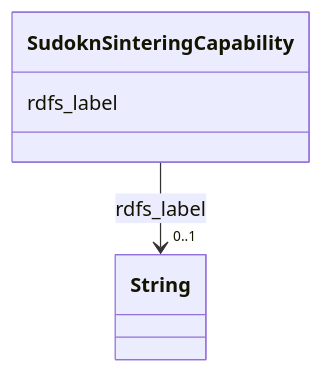
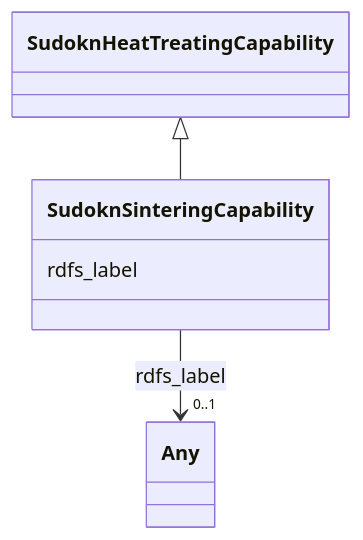
One commit to frink-okn/graph-descriptions changed the diagram in sudokn-kg/classes/SudoknSinteringCapability.md. Above: the diagram before and after it, drawn with Mermaid. The commit also changed other lines of this file and 903 other files, not shown here.

````diff
--- a/sudokn-kg/classes/SudoknSinteringCapability.md
+++ b/sudokn-kg/classes/SudoknSinteringCapability.md
@@ -23,15 +18,18 @@
 ```mermaid
  classDiagram
     class SudoknSinteringCapability
     click SudoknSinteringCapability href "../SudoknSinteringCapability"
+      SudoknHeatTreatingCapability <|-- SudoknSinteringCapability
+        click SudoknHeatTreatingCapability href "../SudoknHeatTreatingCapability"
+      
       SudoknSinteringCapability : rdfs_label
         
           
     
     
-    SudoknSinteringCapability --> "0..1" String : rdfs_label
-    click String href "../String"
+    SudoknSinteringCapability --> "0..1" Any : rdfs_label
+    click Any href "../Any"
 
         
       
 ```
````
